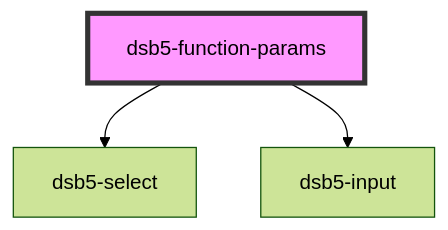
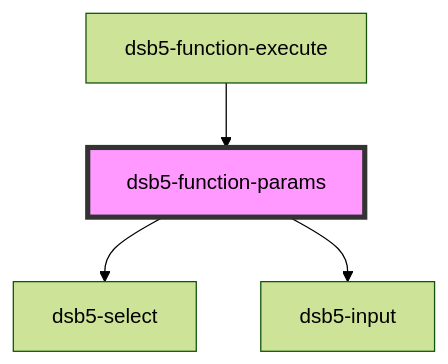
One commit to xinFengQi/ds changed the diagram in bootstrap5_stencil/src/components/dsb5-function-params/readme.md. Above: the diagram before and after it, drawn with Mermaid (forest theme). The commit also changed other lines of this file and 13 other files, not shown here.

````diff
--- a/bootstrap5_stencil/src/components/dsb5-function-params/readme.md
+++ b/bootstrap5_stencil/src/components/dsb5-function-params/readme.md
@@ -32,6 +36,7 @@
 ```mermaid
 graph TD;
   dsb5-function-params --> dsb5-select
   dsb5-function-params --> dsb5-input
+  dsb5-function-execute --> dsb5-function-params
   style dsb5-function-params fill:#f9f,stroke:#333,stroke-width:4px
 ```
````
